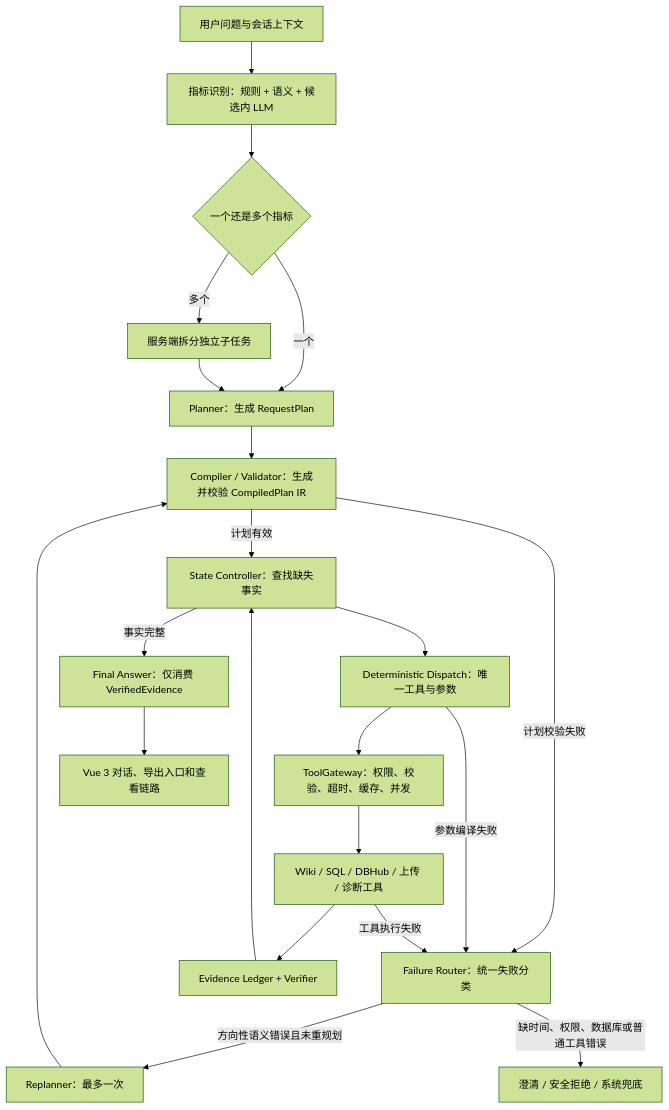
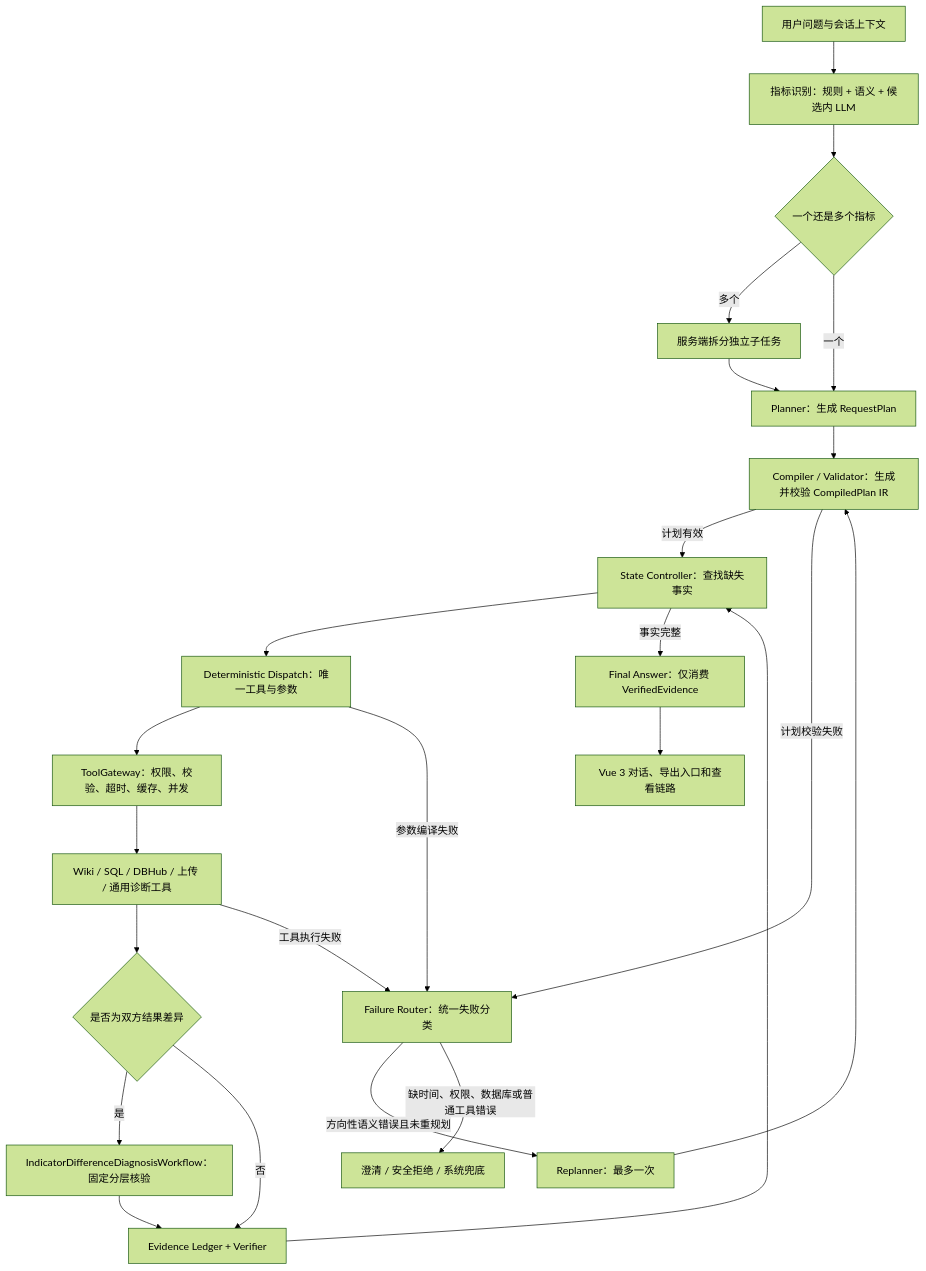
One commit to KK456701/wiki-project changed the diagram in README.md. Above: the diagram before and after it, drawn with Mermaid (forest theme). The commit also changed other lines of this file and 40 other files, not shown here.

````diff
--- a/README.md
+++ b/README.md
@@ -39,23 +40,26 @@
 ```mermaid
 flowchart TD
     U["用户问题与会话上下文"] --> R["指标识别：规则 + 语义 + 候选内 LLM"]
     R --> S{"一个还是多个指标"}
     S -->|多个| C["服务端拆分独立子任务"]
     S -->|一个| P["Planner：生成 RequestPlan"]
     C --> P
     P --> IR["Compiler / Validator：生成并校验 CompiledPlan IR"]
     IR -->|计划有效| SC["State Controller：查找缺失事实"]
     IR -->|计划校验失败| FR["Failure Router：统一失败分类"]
     SC --> D["Deterministic Dispatch：唯一工具与参数"]
     D --> G["ToolGateway：权限、校验、超时、缓存、并发"]
-    G --> T["Wiki / SQL / DBHub / 上传 / 诊断工具"]
-    T --> E["Evidence Ledger + Verifier"]
+    G --> T["Wiki / SQL / DBHub / 上传 / 通用诊断工具"]
+    T --> W{"是否为双方结果差异"}
+    W -->|是| DW["IndicatorDifferenceDiagnosisWorkflow：固定分层核验"]
+    W -->|否| E["Evidence Ledger + Verifier"]
+    DW --> E
     E --> SC
     D -->|参数编译失败| FR
     T -->|工具执行失败| FR
     FR -->|方向性语义错误且未重规划| RP["Replanner：最多一次"]
     RP --> IR
     FR -->|缺时间、权限、数据库或普通工具错误| FB["澄清 / 安全拒绝 / 系统兜底"]
     SC -->|事实完整| F["Final Answer：仅消费 VerifiedEvidence"]
     F --> V["Vue 3 对话、导出入口和查看链路"]
 ```
````
